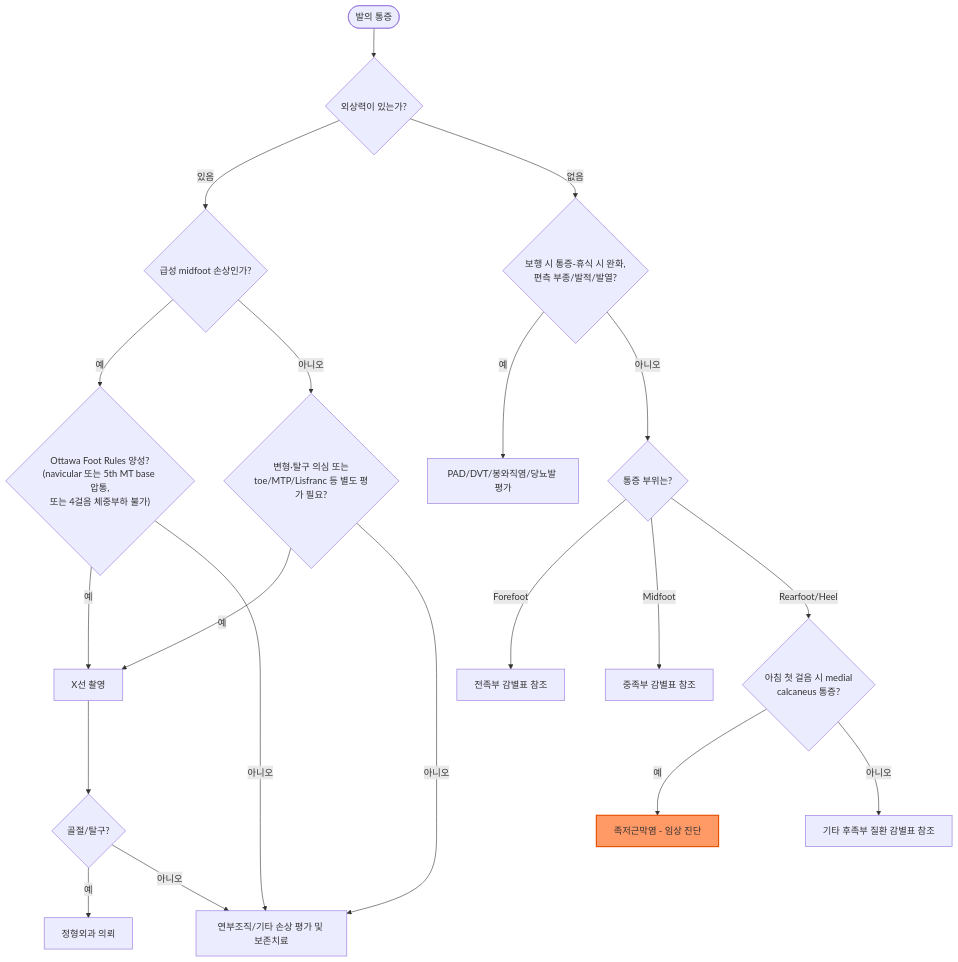
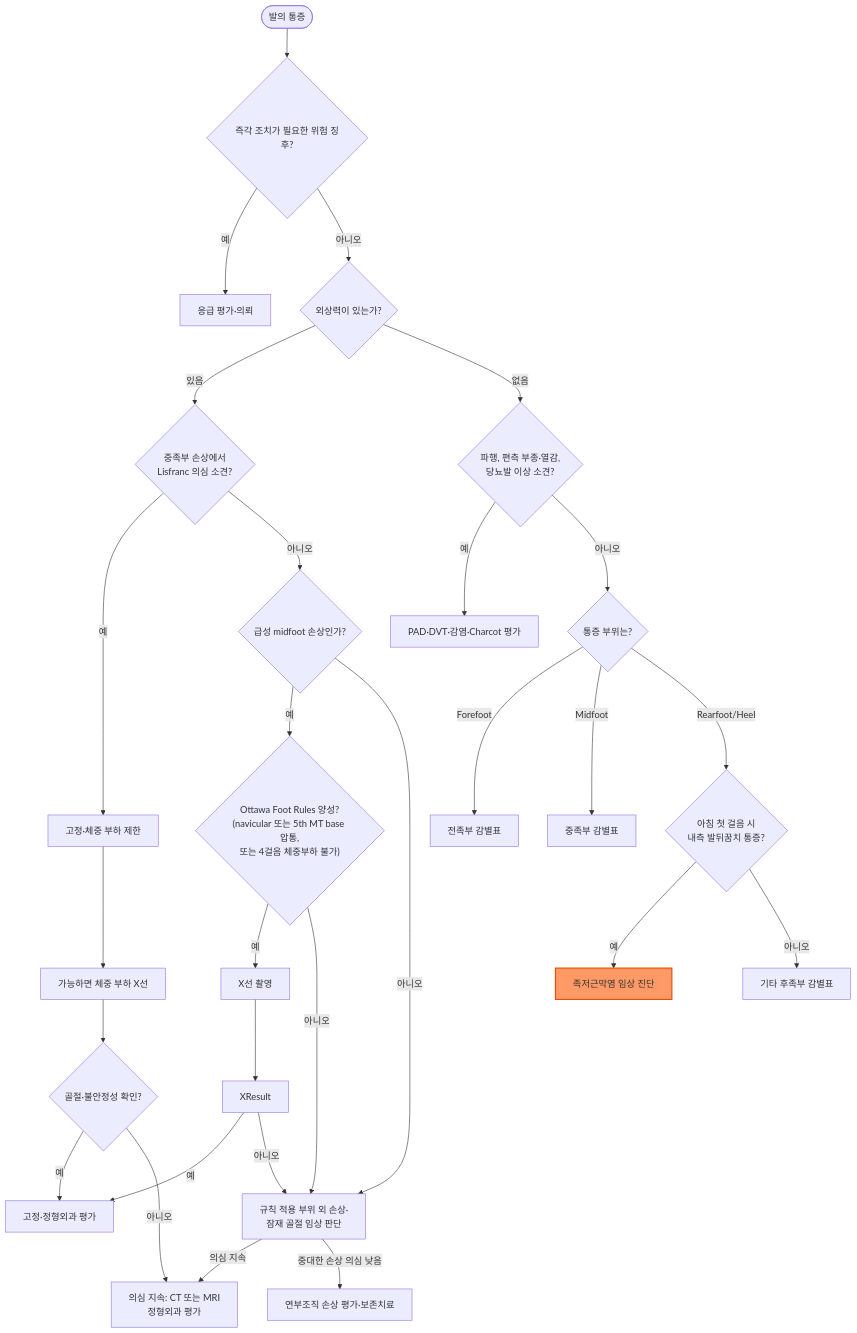
One commit to familyoh77/familyoh77 changed the diagram in 228_/146_-foot-pain.md. Above: the diagram before and after it, drawn with Mermaid. The commit also changed other lines of this file and 2 other files, not shown here.

````diff
--- a/228_/146_-foot-pain.md
+++ b/228_/146_-foot-pain.md
@@ -187,23 +189,31 @@
 ```mermaid
 graph TD
-    Start([발의 통증]) --> Trauma{외상력이 있는가?}
-    Trauma -- 있음 --> TraumaEval{급성 midfoot 손상인가?}
+    Start([발의 통증]) --> Red{즉각 조치가 필요한 위험 징후?}
+    Red -- 예 --> Urgent[응급 평가·의뢰]
+    Red -- 아니오 --> Trauma{외상력이 있는가?}
+    Trauma -- 있음 --> Lisfranc{중족부 손상에서<br>Lisfranc 의심 소견?}
+    Lisfranc -- 예 --> LCare[고정·체중 부하 제한]
+    LCare --> LX[가능하면 체중 부하 X선]
+    LX --> LFurther{골절·불안정성 확인?}
+    LFurther -- 예 --> OrthoRef[고정·정형외과 평가]
+    LFurther -- 아니오 --> LMRI[의심 지속: CT 또는 MRI<br>정형외과 평가]
+    Lisfranc -- 아니오 --> TraumaEval{급성 midfoot 손상인가?}
     TraumaEval -- 예 --> Ottawa{"Ottawa Foot Rules 양성?<br>(navicular 또는 5th MT base 압통,<br>또는 4걸음 체중부하 불가)"}
     Ottawa -- 예 --> XR[X선 촬영]
-    Ottawa -- 아니오 --> SoftTissue[연부조직/기타 손상 평가 및 보존치료]
-    TraumaEval -- 아니오 --> OtherTrauma{"변형·탈구 의심 또는<br>toe/MTP/Lisfranc 등 별도 평가 필요?"}
-    OtherTrauma -- 예 --> XR
-    OtherTrauma -- 아니오 --> SoftTissue
-    XR --> Fracture{골절/탈구?}
-    Fracture -- 예 --> OrthoRef[정형외과 의뢰]
-    Fracture -- 아니오 --> SoftTissue
-    Trauma -- 없음 --> Vascular{보행 시 통증-휴식 시 완화,<br>편측 부종/발적/발열?}
-    Vascular -- 예 --> VascularEval[PAD/DVT/봉와직염/당뇨발 평가]
+    Ottawa -- 아니오 --> Recheck[규칙 적용 부위 외 손상·<br>잠재 골절 임상 판단]
+    TraumaEval -- 아니오 --> Recheck
+    XR --> XResult
+    XResult -- 예 --> OrthoRef[고정·정형외과 평가]
+    XResult -- 아니오 --> Recheck
+    Recheck -- 의심 지속 --> LMRI
+    Recheck -- 중대한 손상 의심 낮음 --> SoftTissue[연부조직 손상 평가·보존치료]
+    Trauma -- 없음 --> Vascular{파행, 편측 부종·열감,<br>당뇨발 이상 소견?}
+    Vascular -- 예 --> VascularEval[PAD·DVT·감염·Charcot 평가]
     Vascular -- 아니오 --> Location{통증 부위는?}
-    Location -- Forefoot --> ForefootDx[전족부 감별표 참조]
-    Location -- Midfoot --> MidfootDx[중족부 감별표 참조]
-    Location -- Rearfoot/Heel --> RearfootQ{아침 첫 걸음 시 medial<br>calcaneus 통증?}
-    RearfootQ -- 예 --> PFDx[족저근막염 - 임상 진단]
-    RearfootQ -- 아니오 --> OtherRear[기타 후족부 질환 감별표 참조]
+    Location -- Forefoot --> ForefootDx[전족부 감별표]
+    Location -- Midfoot --> MidfootDx[중족부 감별표]
+    Location -- Rearfoot/Heel --> RearfootQ{아침 첫 걸음 시<br>내측 발뒤꿈치 통증?}
+    RearfootQ -- 예 --> PFDx[족저근막염 임상 진단]
+    RearfootQ -- 아니오 --> OtherRear[기타 후족부 감별표]
     style PFDx fill:#f96,stroke:#e65100,stroke-width:2px
 ```
````
